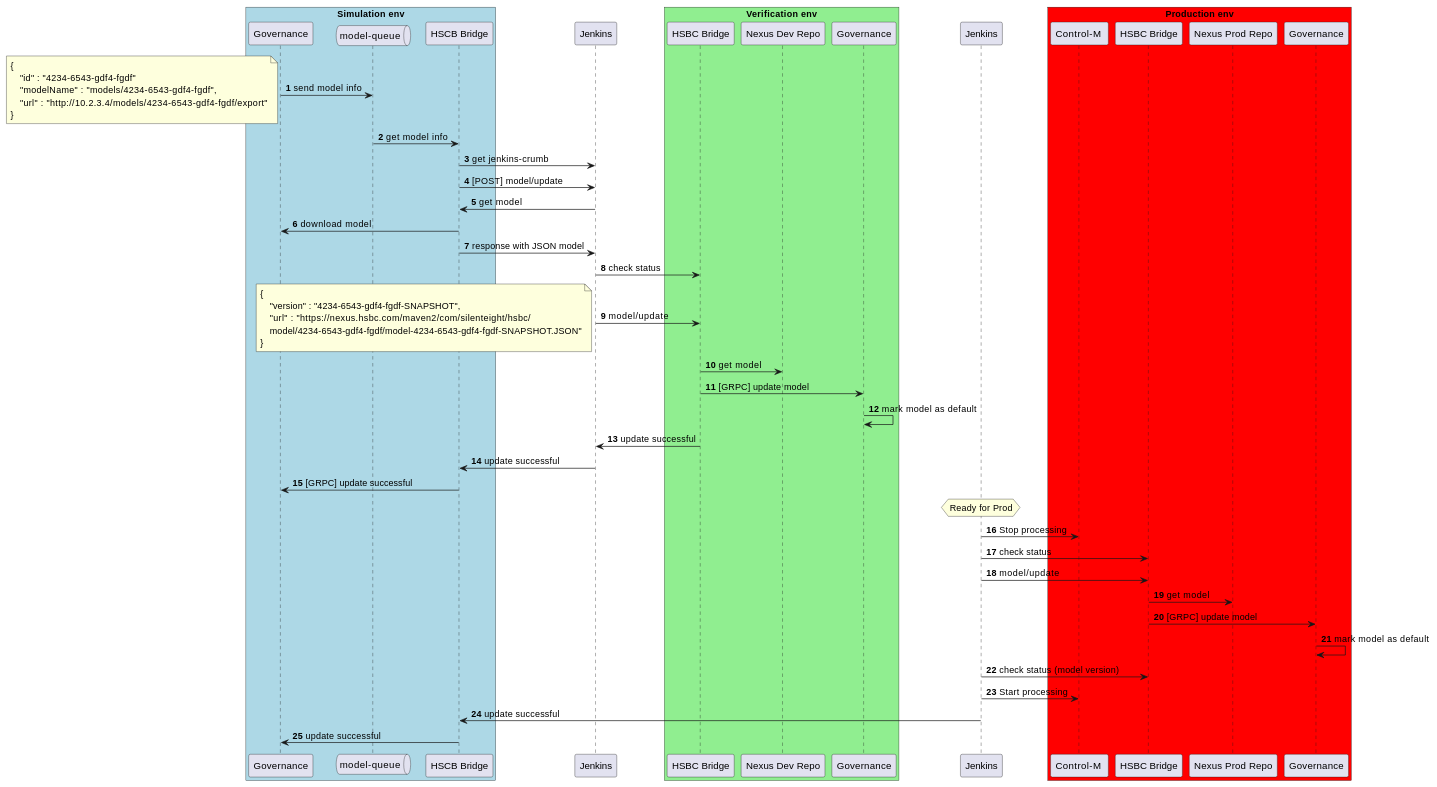
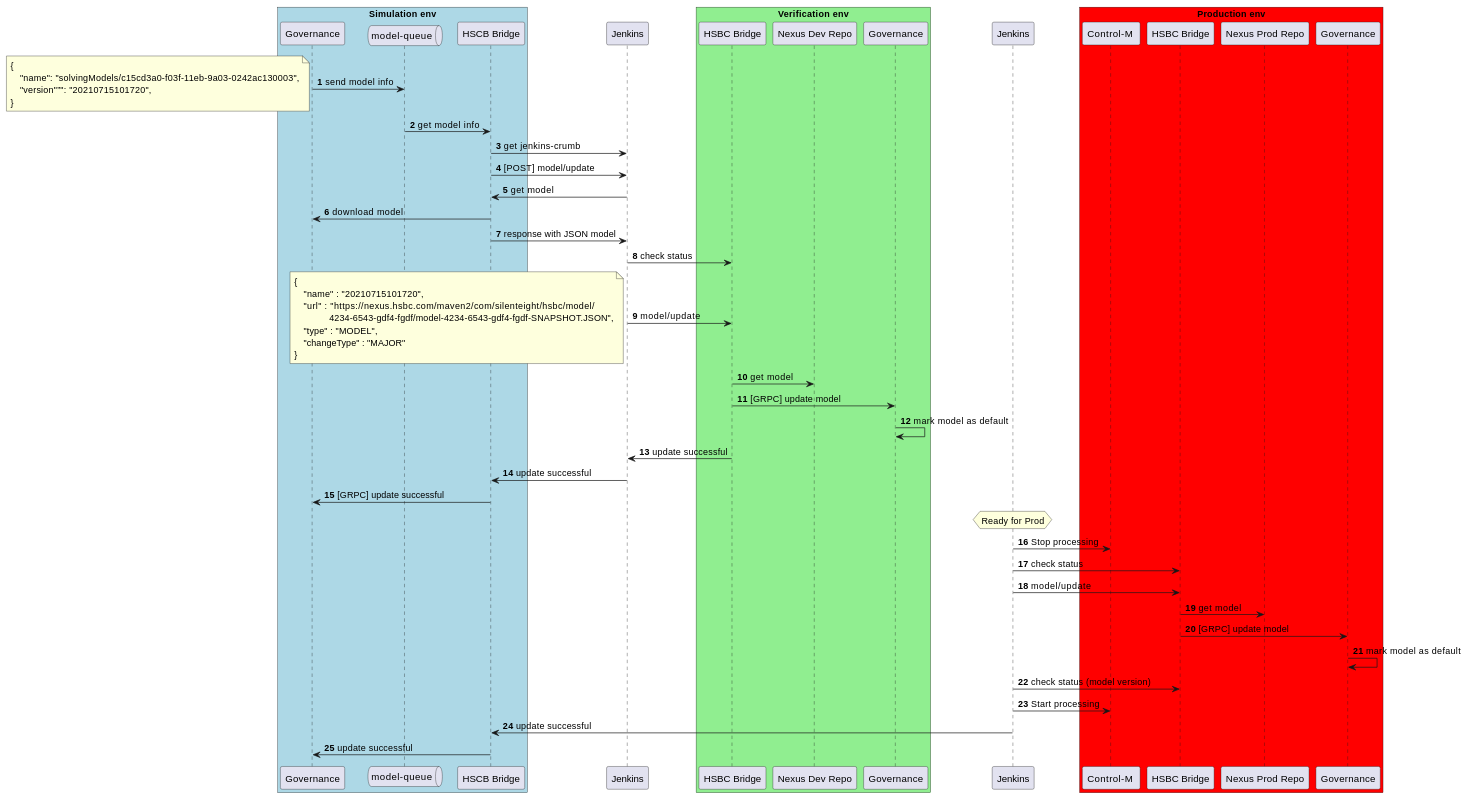
The diagram in modules/hsbc-bridge/docs/diagrams/model-transfer/model-transfer-internal.adoc (ngraczykowski/iris-root), drawn with PlantUML before and after one commit. The commit also changed 8 other files, not shown here.

Commit message:
INTERNAL: Review all documentation diagrams (ALL-256)

```diff
--- a/modules/hsbc-bridge/docs/diagrams/model-transfer/model-transfer-internal.adoc
+++ b/modules/hsbc-bridge/docs/diagrams/model-transfer/model-transfer-internal.adoc
@@ -1,73 +1,74 @@
 [plantuml,importing-steps,svg]
 -----
 @startuml
 box "Simulation env" #LightBlue
 participant Governance as a
 
 queue "model-queue" as q
 participant "HSCB Bridge" as c
 end box
 
 participant Jenkins as d
 
 box "Verification env" #LightGreen
 participant "HSBC Bridge" as c1
 participant "Nexus Dev Repo" as d1
 participant Governance as a1
 end box
 
 participant Jenkins as d12
 
 box "Production env" #Red
 participant "Control-M " as m11
 participant "HSBC Bridge" as c11
 participant "Nexus Prod Repo" as d11
 participant Governance as a11
 end box
 
 autonumber
 
 a -> q: send model info
 note left
 {
-    "id" : "4234-6543-gdf4-fgdf"
-    "modelName" : "models/4234-6543-gdf4-fgdf",
-    "url" : "http://10.2.3.4/models/4234-6543-gdf4-fgdf/export"
+    "name": "solvingModels/c15cd3a0-f03f-11eb-9a03-0242ac130003",
+    "version"”": "20210715101720",
 }
 end note
 q -> c: get model info
 c -> d: get jenkins-crumb
 c -> d: [POST] model/update
 d -> c: get model
 c -> a: download model
 c -> d: response with JSON model
 d -> c1: check status
 d -> c1: model/update
 note left
 {
-    "version" : "4234-6543-gdf4-fgdf-SNAPSHOT",
-    "url" : "https://nexus.hsbc.com/maven2/com/silenteight/hsbc/
-    model/4234-6543-gdf4-fgdf/model-4234-6543-gdf4-fgdf-SNAPSHOT.JSON"
+    "name" : "20210715101720",
+    "url" : "https://nexus.hsbc.com/maven2/com/silenteight/hsbc/model/
+               4234-6543-gdf4-fgdf/model-4234-6543-gdf4-fgdf-SNAPSHOT.JSON",
+    "type" : "MODEL",
+    "changeType" : "MAJOR"
 }
 end note
 c1 -> d1: get model
 c1 -> a1: [GRPC] update model
 a1 -> a1: mark model as default
 
 c1 -> d: update successful
 d -> c: update successful
 c -> a: [GRPC] update successful
 
 hnote over d12: Ready for Prod
 d12 -> m11: Stop processing
 d12 -> c11: check status
 d12 -> c11: model/update
 c11 -> d11: get model
 c11 -> a11: [GRPC] update model
 a11 -> a11: mark model as default
 d12 -> c11: check status (model version)
 d12 -> m11: Start processing
 d12 -> c: update successful
 c -> a: update successful
 @enduml
 -----
```
